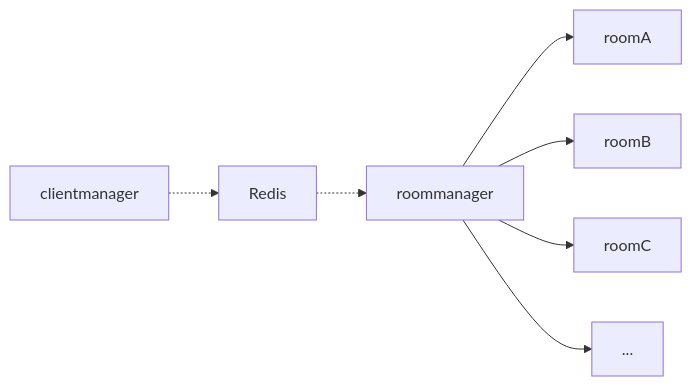
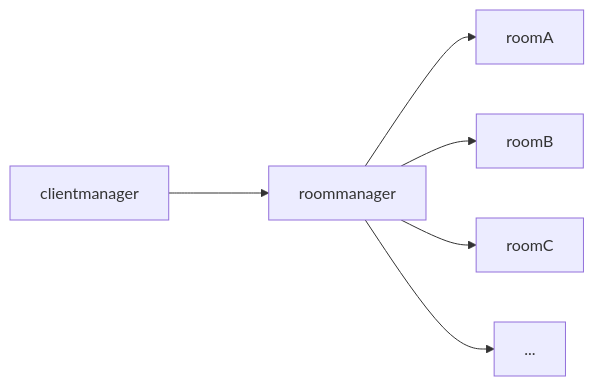
One commit to dyc3/opentogethertube changed the first of 2 diagrams in docs/architecture.md. Above: the diagram before and after it, drawn with Mermaid. The commit also changed other lines of this file and 1 other file, not shown here.

````diff
--- a/docs/architecture.md
+++ b/docs/architecture.md
@@ -9,9 +16,8 @@
 ```mermaid
 graph LR
-  clientmanager -.-> Redis
-  Redis -.-> roommanager
+  clientmanager ---> roommanager
   roommanager --> roomA
   roommanager --> roomB
   roommanager --> roomC
   roommanager --> ...
 ```
````
